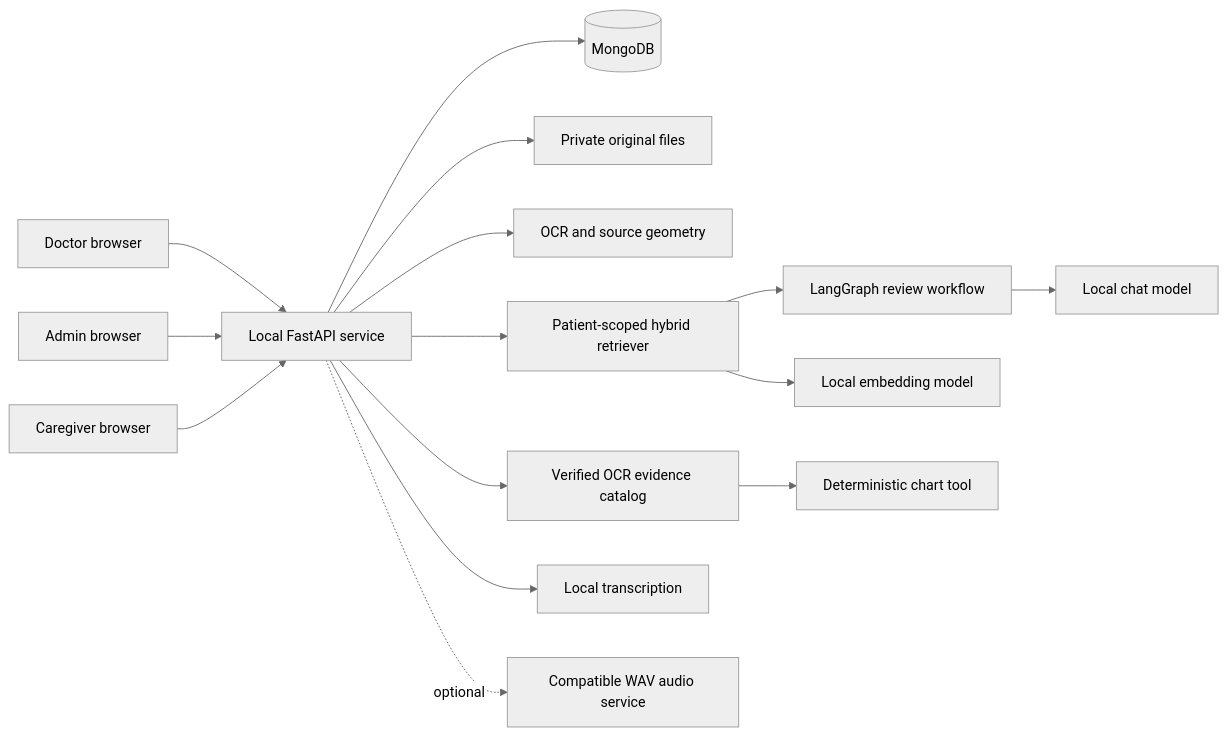
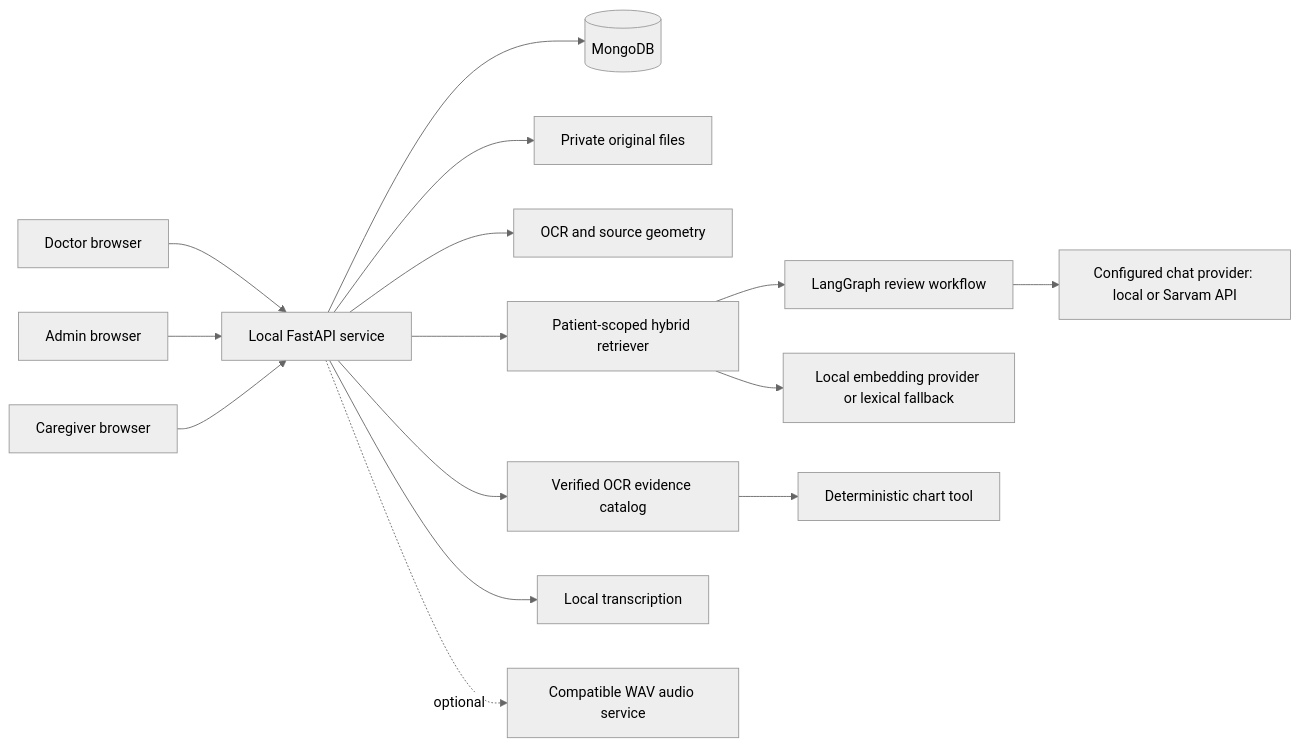
Before and after one commit to beast27000/PrepPulse: the first of 2 diagrams in README.md, drawn with Mermaid (neutral theme). The commit also changed other lines of this file and 1 other file, not shown here.

Commit message:
Document local and Sarvam model configuration

````diff
--- a/README.md
+++ b/README.md
@@ -97,17 +97,17 @@
 ```mermaid
 flowchart LR
     D[Doctor browser] --> API[Local FastAPI service]
     A[Admin browser] --> API
     C[Caregiver browser] --> API
     API --> DB[(MongoDB)]
     API --> FILES[Private original files]
     API --> OCR[OCR and source geometry]
     API --> CAT[Verified OCR evidence catalog]
     API --> RAG[Patient-scoped hybrid retriever]
     RAG --> AGENTS[LangGraph review workflow]
-    AGENTS --> LLM[Local chat model]
-    RAG --> EMB[Local embedding model]
+    AGENTS --> LLM[Configured chat provider: local or Sarvam API]
+    RAG --> EMB[Local embedding provider or lexical fallback]
     CAT --> CHART[Deterministic chart tool]
     API --> STT[Local transcription]
     API -. optional .-> TTS[Compatible WAV audio service]
 ```
````
